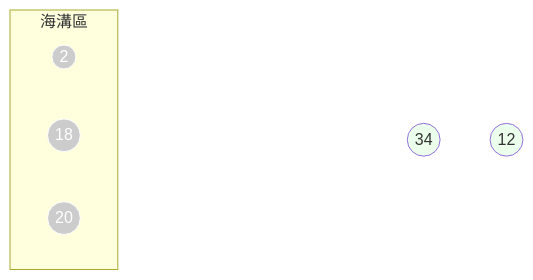
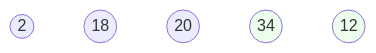
Before and after one commit to ianchen0419/cpp-leetcode: the eighth of 20 diagrams in Bubble Sorting.md, drawn with Mermaid. The commit also changed other lines of this file, not shown here.

````diff
--- a/Bubble Sorting.md
+++ b/Bubble Sorting.md
@@ -162,21 +123,15 @@
 ```mermaid
 flowchart
-
-    subgraph 海溝區
-        f((2)):::disabled
-        g((18)):::disabled
-        h((20)):::disabled
-    end
     
-    a((18)):::clear
-    b((2)):::clear
-    c((20)):::clear
+    a((2))
+    b((18))
+    c((20))
     d((34)):::green
     e((12)):::green
     
     classDef clear opacity:0
     
     classDef orange fill:#f96,stroke:#f66
     classDef green fill:#ecffec
     classDef disabled fill:#ccc,stroke:#fff,color:#fff
 ```
````
